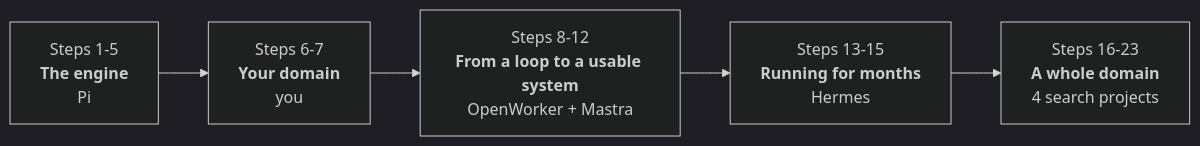
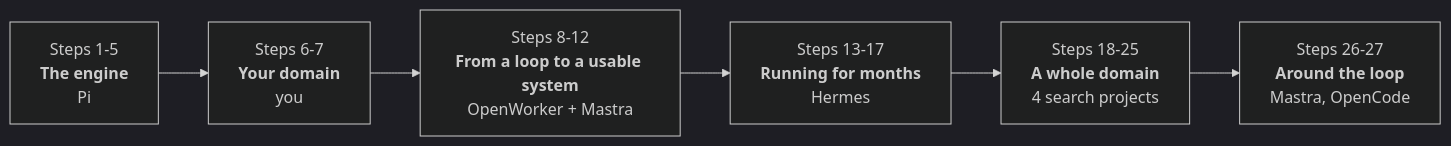
One commit to whereissam/learn-agent-engineering-from-production changed the second of 2 diagrams in README.md. Above: the diagram before and after it, drawn with Mermaid (dark theme). The commit also changed other lines of this file and 2 other files, not shown here.

First line of the commit message:
docs: 27 steps, a fifth Hermes lesson, and a design principle earned

````diff
--- a/README.md
+++ b/README.md
@@ -70,7 +70,8 @@
 ```mermaid
 flowchart LR
     P1["Steps 1-5<br/><b>The engine</b><br/>Pi"] --> P2["Steps 6-7<br/><b>Your domain</b><br/>you"]
     P2 --> P3["Steps 8-12<br/><b>From a loop to a usable system</b><br/>OpenWorker + Mastra"]
-    P3 --> P4["Steps 13-15<br/><b>Running for months</b><br/>Hermes"]
-    P4 --> P5["Steps 16-23<br/><b>A whole domain</b><br/>4 search projects"]
+    P3 --> P4["Steps 13-17<br/><b>Running for months</b><br/>Hermes"]
+    P4 --> P5["Steps 18-25<br/><b>A whole domain</b><br/>4 search projects"]
+    P5 --> P6["Steps 26-27<br/><b>Around the loop</b><br/>Mastra, OpenCode"]
 ```
````
